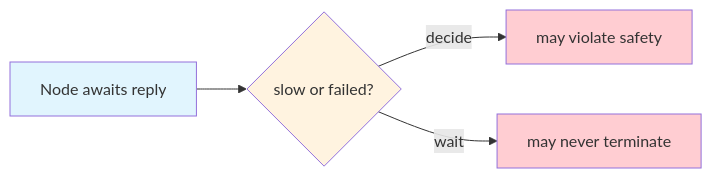
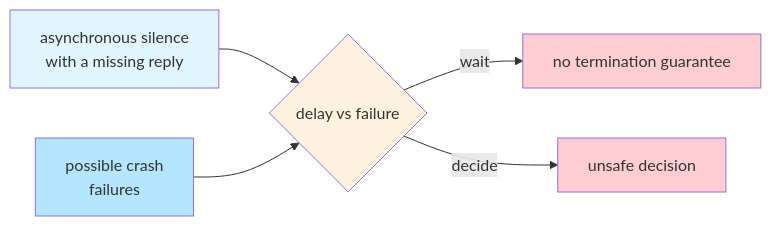
The first of 3 diagrams in content/post/07-triangle-of-forgetting.md (hxrts/weboftru.st), drawn with Mermaid before and after one commit. The commit also changed other lines of this file and 5 other files, not shown here.

````diff
--- a/content/post/07-triangle-of-forgetting.md
+++ b/content/post/07-triangle-of-forgetting.md
@@ -65,10 +76,12 @@
 ```mermaid
 flowchart LR
-    A[Node awaits reply] --> Q{slow or failed?}
-    Q -->|decide| U[may violate safety]
-    Q -->|wait| N[may never terminate]
+    A[asynchronous silence<br/>with a missing reply] --> Q
+    F[possible crash<br/>failures] --> Q{delay vs failure}
+    Q -->|wait| U[no termination guarantee]
+    Q -->|decide| N[unsafe decision]
     style A fill:#e1f5fe
+    style F fill:#b3e5fc
     style Q fill:#fff3e0
     style U fill:#ffcdd2
     style N fill:#ffcdd2
 ```
````
